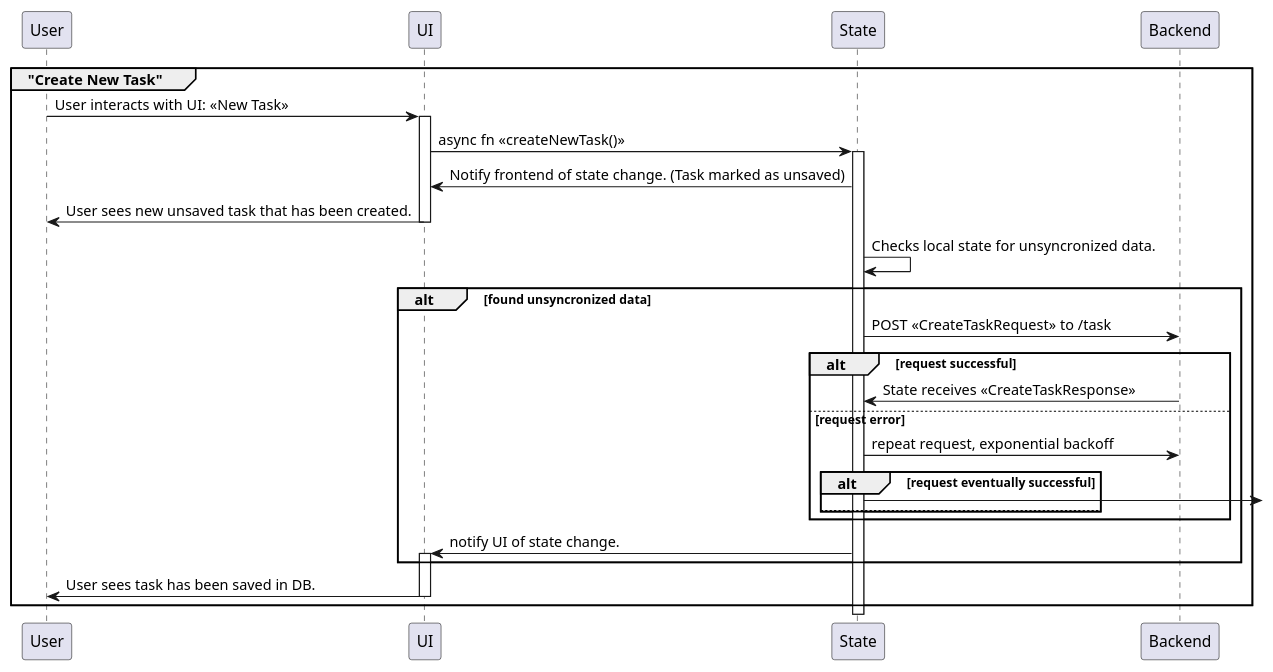
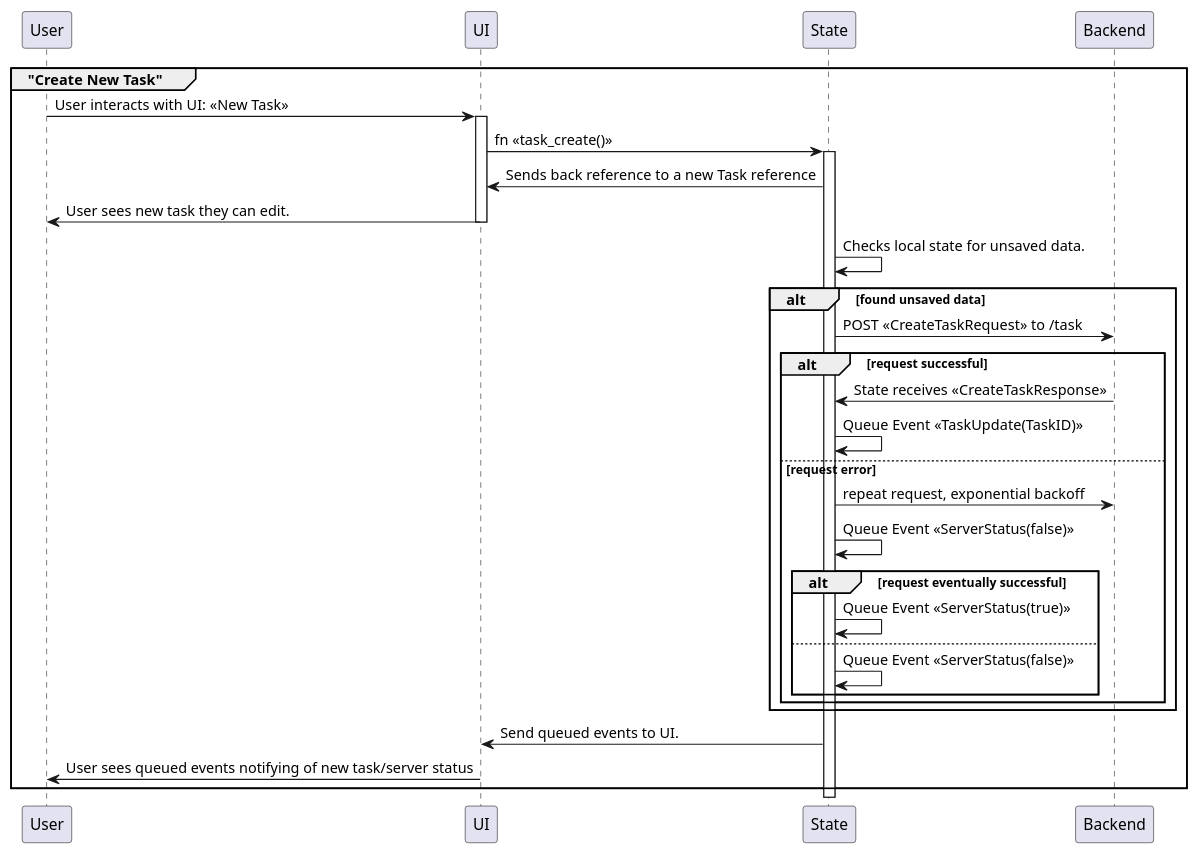
One commit to knoxy5467/a-better-notion changed the second of 3 diagrams in design/middleware_sequences.puml. Above: the diagram before and after it, drawn with PlantUML. The commit also changed other lines of this file and 2 other files, not shown here.

Commit message:
middleware class and sequences updates that I forgot to push to main before it got locked lol

```diff
--- a/design/middleware_sequences.puml
+++ b/design/middleware_sequences.puml
@@ -21,35 +21,37 @@
 @startuml middleware_create_task
 group "Create New Task"
 	participant User
 	participant UI
 	participant State
 	participant Backend
 	User -> UI : User interacts with UI: <<New Task>>
 	activate UI
 	
-	UI -> State : async fn <<createNewTask()>>
+	UI -> State : fn <<task_create()>>
 	activate State
-	State -> UI : Notify frontend of state change. (Task marked as unsaved)
-	UI -> User : User sees new unsaved task that has been created.
+	State -> UI : Sends back reference to a new Task reference
+	UI -> User : User sees new task they can edit.
 	deactivate UI
 
-	State -> State : Checks local state for unsyncronized data.
-	alt found unsyncronized data
+	State -> State : Checks local state for unsaved data.
+	alt found unsaved data
 		State -> Backend : POST <<CreateTaskRequest>> to /task
 		alt request successful
 			Backend -> State : State receives <<CreateTaskResponse>> 
-			
+			State -> State : Queue Event <<TaskUpdate(TaskID)>>
 		else request error
 			State -> Backend : repeat request, exponential backoff 
+			State -> State : Queue Event <<ServerStatus(false)>>
 			alt request eventually successful
-				State -> 
+				State -> State : Queue Event <<ServerStatus(true)>>
 			else
+				State -> State : Queue Event <<ServerStatus(false)>>
 			end
 		end
-		State -> UI : notify UI of state change.
-		activate UI
 	end
-	UI -> User : User sees task has been saved in DB.
+	activate UI
+	State -> UI : Send queued events to UI.
+	UI -> User : User sees queued events notifying of new task/server status
 	deactivate UI
 end
 @enduml
```
